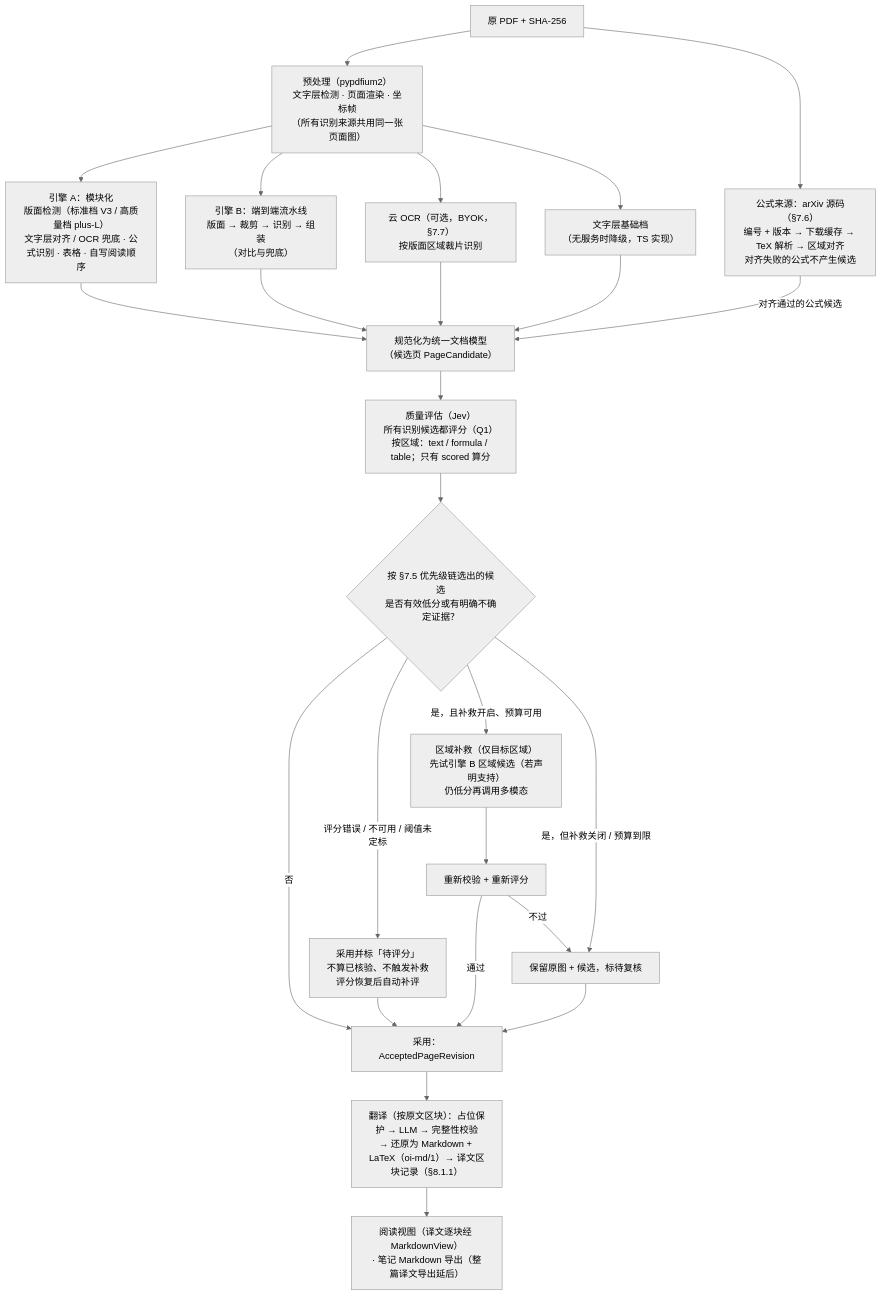
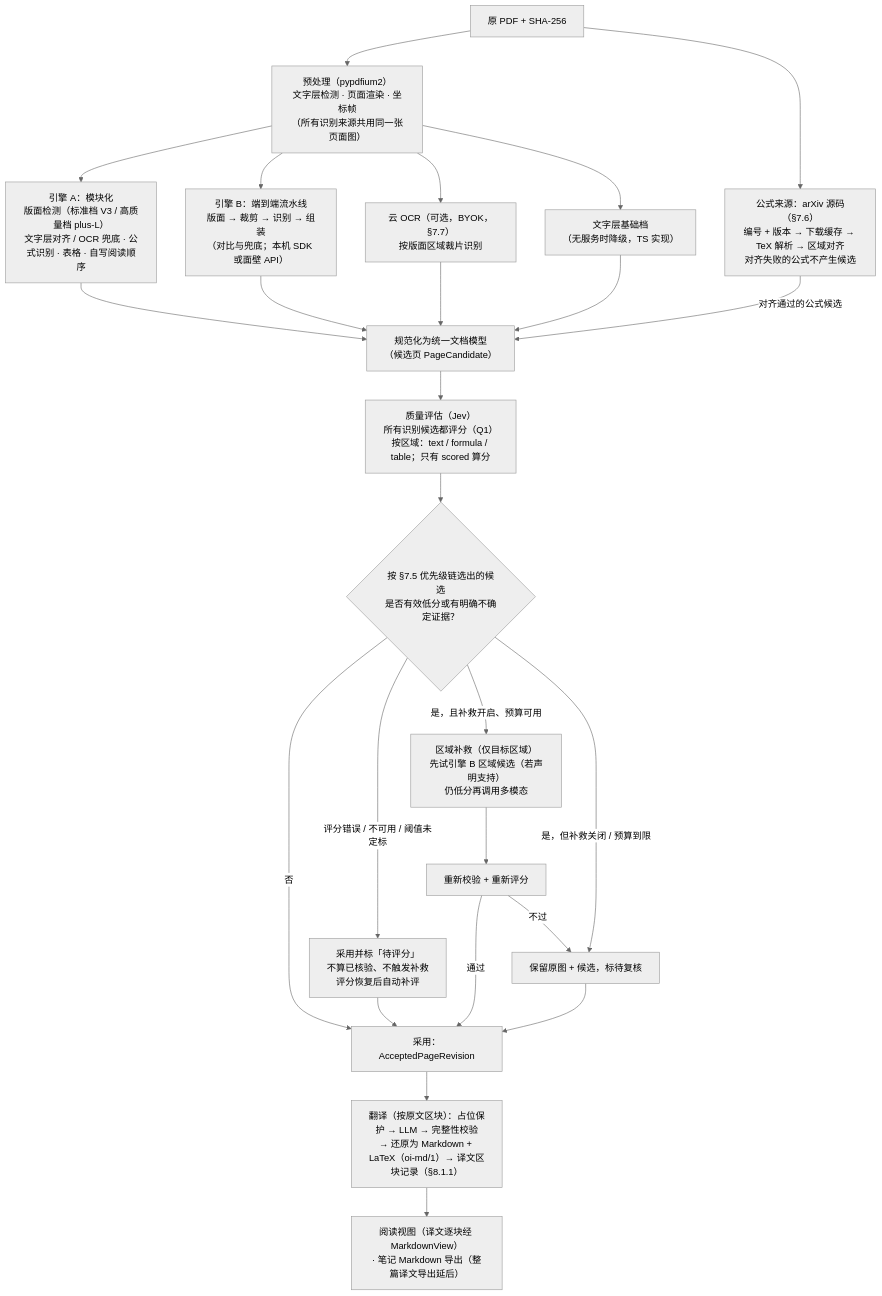
The fourth of 5 diagrams in ARCHITECTURE.md (wisdom-km/open-immerse-v2), drawn with Mermaid (neutral theme) before and after one commit. The commit also changed other lines of this file, not shown here.

Commit message:
docs(arch): Jev 远程默认面壁开放平台托管 API（设置「本地 / 面壁 API」），引擎 B 可选面壁文档解析；作业级凭据头、worker 目录与错误映射

````diff
--- a/ARCHITECTURE.md
+++ b/ARCHITECTURE.md
@@ -679,27 +679,27 @@
 ```mermaid
 flowchart TD
   IN["原 PDF + SHA-256"] --> PRE["预处理（pypdfium2）<br/>文字层检测 · 页面渲染 · 坐标帧<br/>（所有识别来源共用同一张页面图）"]
   IN --> AX["公式来源：arXiv 源码（§7.6）<br/>编号 + 版本 → 下载缓存 → TeX 解析 → 区域对齐<br/>对齐失败的公式不产生候选"]
   PRE --> A["引擎 A：模块化<br/>版面检测（标准档 V3 / 高质量档 plus-L）<br/>文字层对齐 / OCR 兜底 · 公式识别 · 表格 · 自写阅读顺序"]
-  PRE --> B["引擎 B：端到端流水线<br/>版面 → 裁剪 → 识别 → 组装<br/>（对比与兜底）"]
+  PRE --> B["引擎 B：端到端流水线<br/>版面 → 裁剪 → 识别 → 组装<br/>（对比与兜底；本机 SDK 或面壁 API）"]
   PRE --> CO["云 OCR（可选，BYOK，§7.7）<br/>按版面区域裁片识别"]
   PRE --> T["文字层基础档<br/>（无服务时降级，TS 实现）"]
   A --> N["规范化为统一文档模型<br/>（候选页 PageCandidate）"]
   B --> N
   CO --> N
   T --> N
   AX -- "对齐通过的公式候选" --> N
   N --> Q["质量评估（Jev）<br/>所有识别候选都评分（Q1）<br/>按区域：text / formula / table；只有 scored 算分"]
   Q --> D{"按 §7.5 优先级链选出的候选<br/>是否有效低分或有明确不确定证据？"}
   D -- "否" --> ACC["采用：AcceptedPageRevision"]
   D -- "评分错误 / 不可用 / 阈值未定标" --> PEND["采用并标「待评分」<br/>不算已核验、不触发补救<br/>评分恢复后自动补评"]
   PEND --> ACC
   D -- "是，且补救开启、预算可用" --> RP["区域补救（仅目标区域）<br/>先试引擎 B 区域候选（若声明支持）<br/>仍低分再调用多模态"]
   D -- "是，但补救关闭 / 预算到限" --> FB["保留原图 + 候选，标待复核"]
   RP --> Q2["重新校验 + 重新评分"]
   Q2 -- "通过" --> ACC
   Q2 -- "不过" --> FB
   FB --> ACC
   ACC --> TR["翻译（按原文区块）：占位保护 → LLM → 完整性校验<br/>→ 还原为 Markdown + LaTeX（oi-md/1）→ 译文区块记录（§8.1.1）"]
   TR --> OUT["阅读视图（译文逐块经 MarkdownView）<br/>· 笔记 Markdown 导出（整篇译文导出延后）"]
 ```
````
